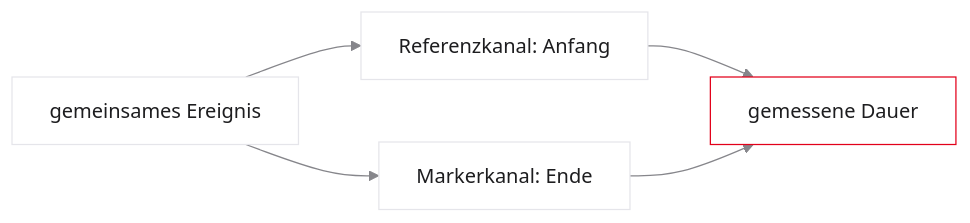
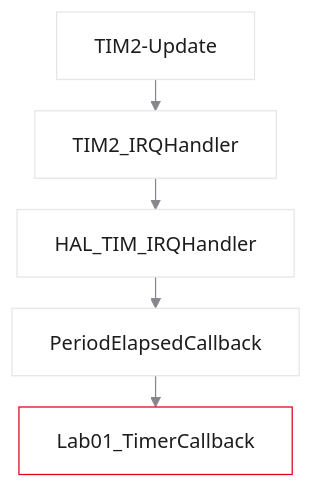
The eighth of 8 diagrams in vorlesungen/01_was-ist-echtzeit.qmd (dantschi/echtzeitsysteme), drawn with Mermaid before and after one commit. The commit also changed other lines of this file and 6 other files, not shown here.

````diff
--- a/vorlesungen/01_was-ist-echtzeit.qmd
+++ b/vorlesungen/01_was-ist-echtzeit.qmd
@@ -1500,10 +912,10 @@
 ```{mermaid}
 %%| fig-width: 5.2
-%%{init: {'theme': 'base', 'themeVariables': {'background': '#FFFFFF', 'primaryColor': '#FFFFFF', 'primaryBorderColor': '#E5E5EA', 'primaryTextColor': '#1D1D1F', 'lineColor': '#86868B', 'secondaryColor': '#F5F5F7', 'tertiaryColor': '#FFFFFF', 'mainBkg': '#FFFFFF', 'nodeBorder': '#E5E5EA', 'clusterBkg': '#F5F5F7', 'clusterBorder': '#E5E5EA', 'titleColor': '#1D1D1F', 'edgeLabelBackground': '#FFFFFF'}}}%%
-flowchart LR
-  EV[gemeinsames Ereignis] --> REF[Referenzkanal: Anfang]
-  EV --> MK[Markerkanal: Ende]
-  REF --> MESS[gemessene Dauer]
-  MK --> MESS
-  style MESS fill:#FFFFFF,stroke:#E2001A,stroke-width:2px !important
+%%{init: {'theme': 'base', 'flowchart': {'nodeSpacing': 30, 'rankSpacing': 25}, 'themeVariables': {'background': '#FFFFFF', 'primaryColor': '#FFFFFF', 'primaryBorderColor': '#E5E5EA', 'primaryTextColor': '#1D1D1F', 'lineColor': '#86868B', 'secondaryColor': '#F5F5F7', 'tertiaryColor': '#FFFFFF', 'clusterBkg': '#F5F5F7', 'clusterBorder': '#E5E5EA', 'edgeLabelBackground': '#FFFFFF'}}}%%
+flowchart TD
+  A[TIM2-Update] --> B[TIM2_IRQHandler]
+  B --> C[HAL_TIM_IRQHandler]
+  C --> D[PeriodElapsedCallback]
+  D --> E[Lab01_TimerCallback]
+  style E fill:#FFFFFF,stroke:#E2001A,stroke-width:2px !important
 ```
````
